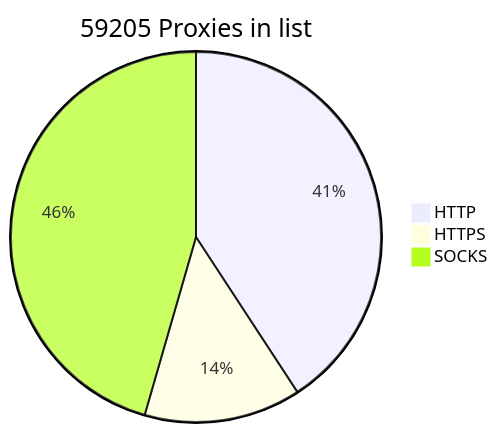
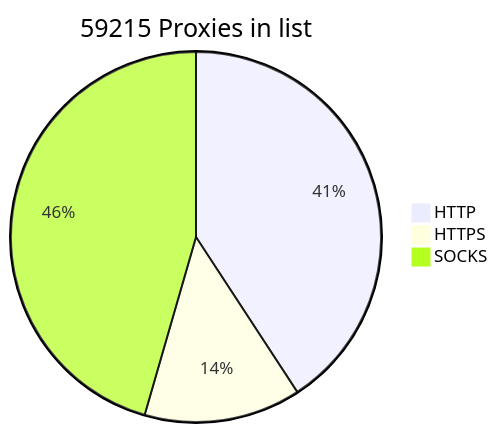
One commit to BlackSnowDot/proxylist-update-every-minute changed the diagram in README.md. Above: the diagram before and after it, drawn with Mermaid.

````diff
--- a/README.md
+++ b/README.md
@@ -2,6 +2,6 @@
 ```mermaid
-pie title 59205 Proxies in list
-    "HTTP" : 27206
-    "HTTPS": 9129
+pie title 59215 Proxies in list
+    "HTTP" : 27211
+    "HTTPS": 9132
     "SOCKS" : 30374
 ```
````
